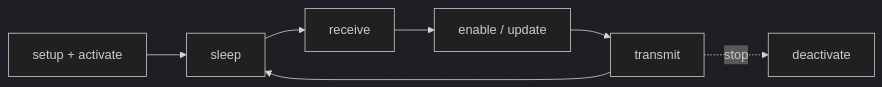
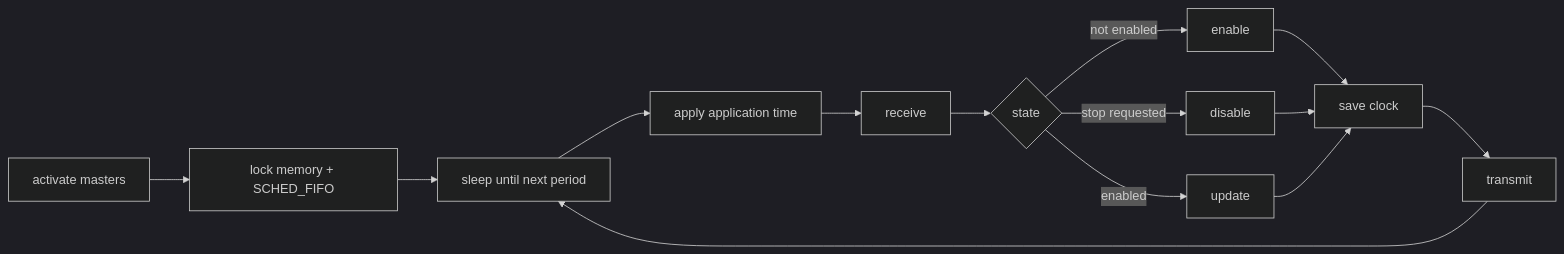
The first of 2 diagrams in motor_manager/README.md (SeonilChoi/MOTOR-MANAGER), drawn with Mermaid (dark theme) before and after one commit. The commit also changed other lines of this file and 6 other files, not shown here.

````diff
--- a/motor_manager/README.md
+++ b/motor_manager/README.md
@@ -9,9 +33,16 @@
 ```mermaid
 flowchart LR
-  P[setup + activate] --> A[sleep]
-  A --> B[receive]
-  B --> C[enable / update]
-  C --> D[transmit]
-  D --> A
-  D -.->|stop| Q[deactivate]
+  A[activate masters] --> B[lock memory + SCHED_FIFO]
+  B --> C[sleep until next period]
+  C --> D[apply application time]
+  D --> E[receive]
+  E --> F{state}
+  F -->|not enabled| G[enable]
+  F -->|stop requested| H[disable]
+  F -->|enabled| I[update]
+  G --> J[save clock]
+  H --> J
+  I --> J
+  J --> K[transmit]
+  K --> C
 ```
````
